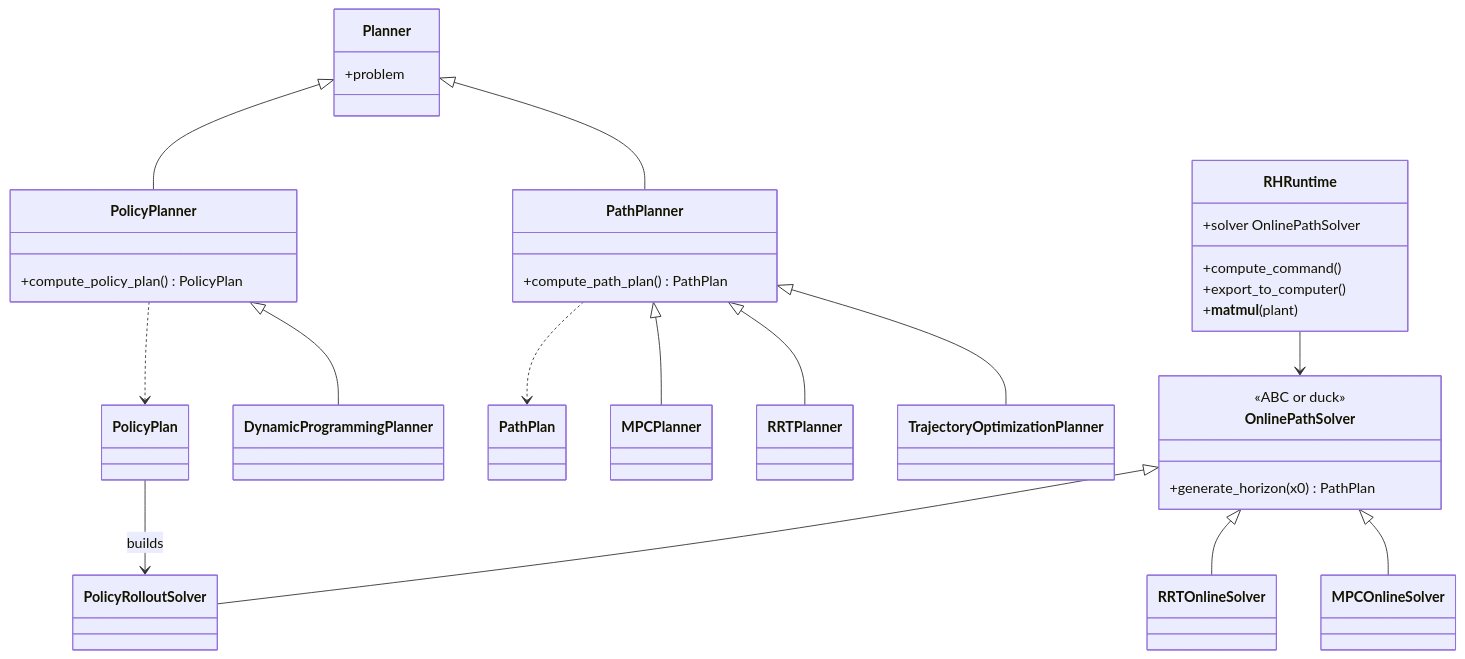
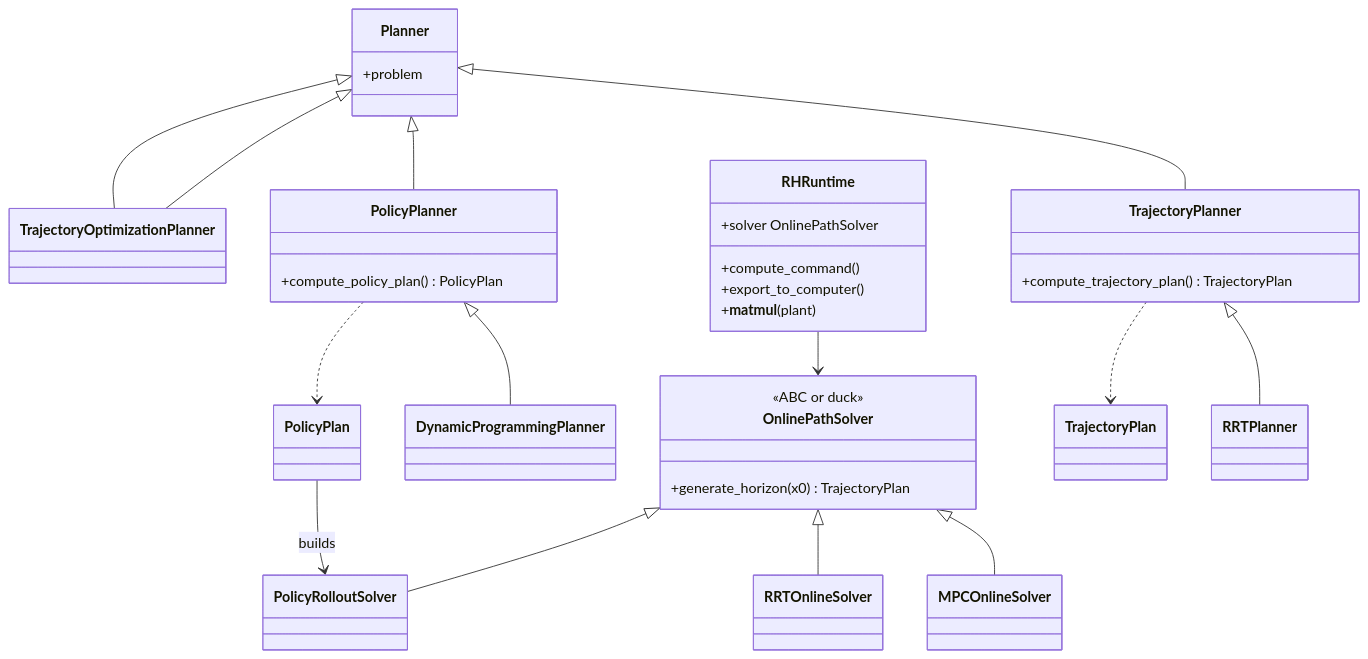
The fourth of 4 diagrams in docs/plans/mpc-controller-architecture.md (alx87grd/minilink), drawn with Mermaid before and after one commit. The commit also changed other lines of this file and 1 other file, not shown here.

First line of the commit message:
docs: finalize MPC and planning pipeline architecture

````diff
--- a/docs/plans/mpc-controller-architecture.md
+++ b/docs/plans/mpc-controller-architecture.md
@@ -712,41 +717,41 @@
 ```mermaid
 classDiagram
   class Planner {
     +problem
   }
-  class PathPlanner {
-    +compute_path_plan() PathPlan
+  class TrajectoryPlanner {
+    +compute_trajectory_plan() TrajectoryPlan
   }
   class PolicyPlanner {
     +compute_policy_plan() PolicyPlan
   }
   class OnlinePathSolver {
     <<ABC or duck>>
-    +generate_horizon(x0) PathPlan
+    +generate_horizon(x0) TrajectoryPlan
   }
   class MPCOnlineSolver
   class RRTOnlineSolver
   class PolicyRolloutSolver
   class RHRuntime {
     +solver OnlinePathSolver
     +compute_command()
     +export_to_computer()
     +__matmul__(plant)
   }
-  class PathPlan
+  class TrajectoryPlan
   class PolicyPlan
 
-  Planner <|-- PathPlanner
+  Planner <|-- TrajectoryPlanner
   Planner <|-- PolicyPlanner
-  PathPlanner <|-- TrajectoryOptimizationPlanner
-  PathPlanner <|-- RRTPlanner
-  PathPlanner <|-- MPCPlanner
+  Planner <|-- TrajectoryOptimizationPlanner
+  TrajectoryPlanner <|-- RRTPlanner
+  Planner <|-- TrajectoryOptimizationPlanner
   PolicyPlanner <|-- DynamicProgrammingPlanner
   OnlinePathSolver <|-- MPCOnlineSolver
   OnlinePathSolver <|-- RRTOnlineSolver
   OnlinePathSolver <|-- PolicyRolloutSolver
   PolicyPlan --> PolicyRolloutSolver : builds
   RHRuntime --> OnlinePathSolver
-  PathPlanner ..> PathPlan
+  TrajectoryPlanner ..> TrajectoryPlan
   PolicyPlanner ..> PolicyPlan
 ```
````
